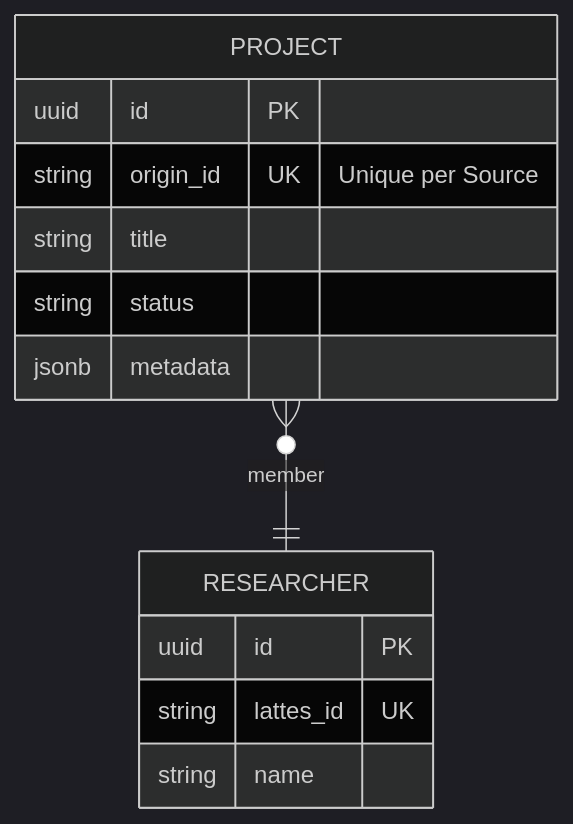
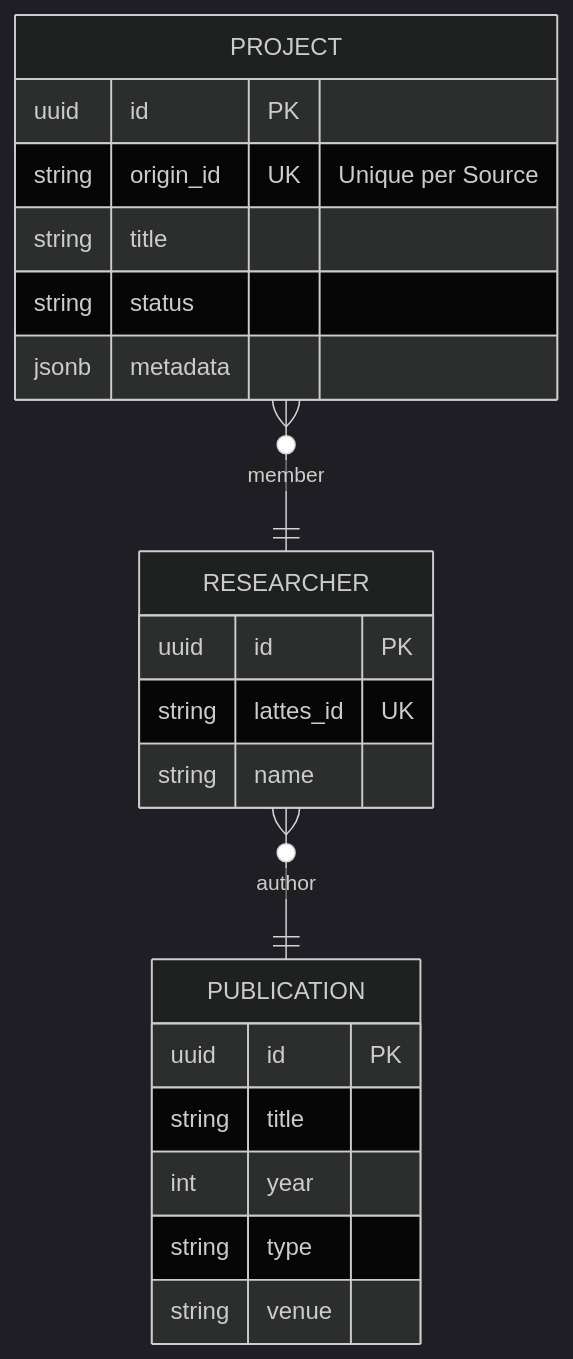
The second of 3 diagrams in docs/2 - implementacao/SI3 - inception/diagramas/SI.3-design.md (ifesserra-lab/horizon_dashboard), drawn with Mermaid (dark theme) before and after one commit. The commit also changed other lines of this file and 2 other files, not shown here.

Commit message:
docs: update SI artifacts for publications dashboard (US-031)

````diff
--- a/docs/2 - implementacao/SI3 - inception/diagramas/SI.3-design.md
+++ b/docs/2 - implementacao/SI3 - inception/diagramas/SI.3-design.md
@@ -93,16 +93,24 @@
 ```mermaid
 erDiagram
     PROJECT {
         uuid id PK
         string origin_id UK "Unique per Source"
         string title
         string status
         jsonb metadata
     }
     RESEARCHER {
         uuid id PK
         string lattes_id UK
         string name
     }
+    PUBLICATION {
+        uuid id PK
+        string title
+        int year
+        string type
+        string venue
+    }
     PROJECT }o--|| RESEARCHER : "member"
+    RESEARCHER }o--|| PUBLICATION : "author"
 ```
````
